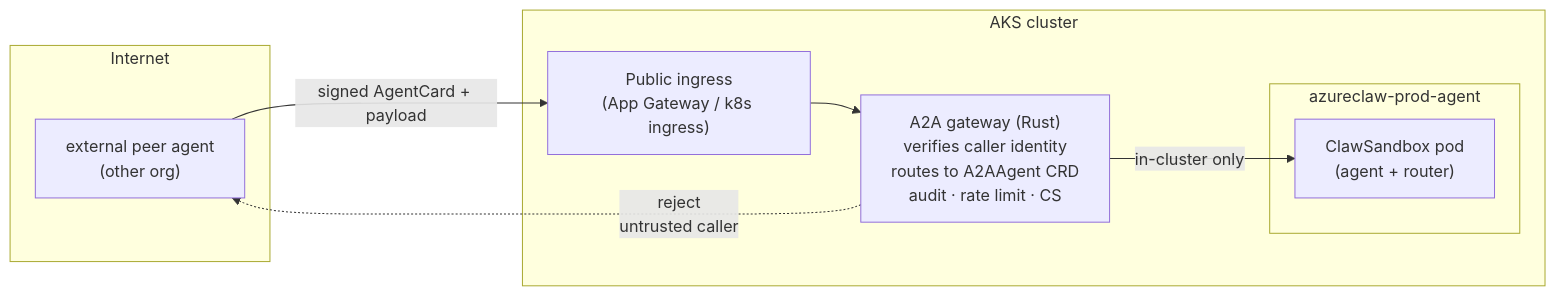
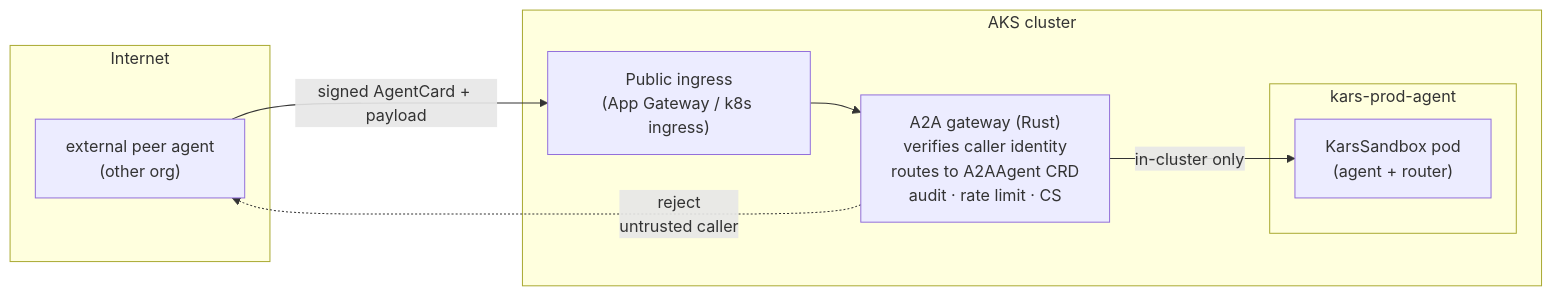
One commit to lachie83/kars changed the fifth of 9 diagrams in docs/architecture-diagrams.md. Above: the diagram before and after it, drawn with Mermaid. The commit also changed other lines of this file and 694 other files, not shown here.

First line of the commit message:
chore(rebrand): rename project to Kars — Agent Reference Stack for Kubernetes (#355)

````diff
--- a/docs/architecture-diagrams.md
+++ b/docs/architecture-diagrams.md
@@ -174,19 +174,19 @@
 ```mermaid
 flowchart LR
   subgraph Internet
     Peer["external peer agent<br/>(other org)"]
   end
 
   subgraph Cluster["AKS cluster"]
     Ing["Public ingress<br/>(App Gateway / k8s ingress)"]
     GW["A2A gateway (Rust)<br/>verifies caller identity<br/>routes to A2AAgent CRD<br/>audit · rate limit · CS"]
-    subgraph NS["azureclaw-prod-agent"]
-      Pod["ClawSandbox pod<br/>(agent + router)"]
+    subgraph NS["kars-prod-agent"]
+      Pod["KarsSandbox pod<br/>(agent + router)"]
     end
   end
 
   Peer -->|signed AgentCard + payload| Ing
   Ing --> GW
   GW -->|in-cluster only| Pod
   GW -.->|reject<br/>untrusted caller| Peer
 ```
````
